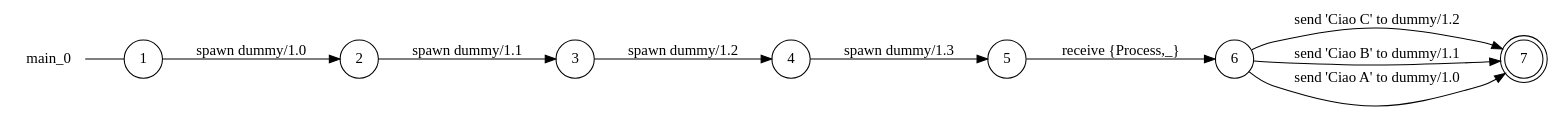
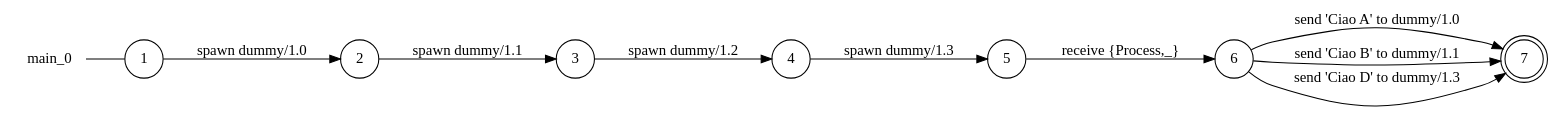
The diagram in examples/conditional-case/main_0_local_view.dot (gabrielegenovese/chorer), drawn with Graphviz before and after one commit. The commit also changed 68 other files, not shown here.

```diff
--- a/examples/conditional-case/main_0_local_view.dot
+++ b/examples/conditional-case/main_0_local_view.dot
@@ -1,21 +1,21 @@
 digraph main_0 {
 	rankdir="LR";
 	n_0 [label="main_0", shape="plaintext"];
 	n_1 [id="5", shape=circle, label="6"];
 	n_2 [id="10", shape=circle, label="3"];
 	n_3 [id="1", shape=circle, label="1"];
 	n_0 -> n_3 [arrowhead=none];
 	n_4 [id="9", shape=circle, label="5"];
 	n_5 [id="2", shape=circle, label="2"];
 	n_6 [id="4", shape=circle, label="4"];
 	n_7 [id="3", shape=doublecircle, label="7"];
 
-	n_1 -> n_7 [id="[$e|10]", label="send 'Ciao C' to dummy/1.2"];
-	n_1 -> n_7 [id="[$e|9]", label="send 'Ciao B' to dummy/1.1"];
-	n_5 -> n_2 [id="[$e|8]", label="spawn dummy/1.1"];
 	n_1 -> n_7 [id="[$e|3]", label="send 'Ciao A' to dummy/1.0"];
 	n_6 -> n_4 [id="[$e|2]", label="spawn dummy/1.3"];
+	n_5 -> n_2 [id="[$e|8]", label="spawn dummy/1.1"];
+	n_3 -> n_5 [id="[$e|0]", label="spawn dummy/1.0"];
 	n_2 -> n_6 [id="[$e|1]", label="spawn dummy/1.2"];
 	n_4 -> n_1 [id="[$e|4]", label="receive {Process,_}"];
-	n_3 -> n_5 [id="[$e|0]", label="spawn dummy/1.0"];
+	n_1 -> n_7 [id="[$e|10]", label="send 'Ciao B' to dummy/1.1"];
+	n_1 -> n_7 [id="[$e|9]", label="send 'Ciao D' to dummy/1.3"];
 }
```
